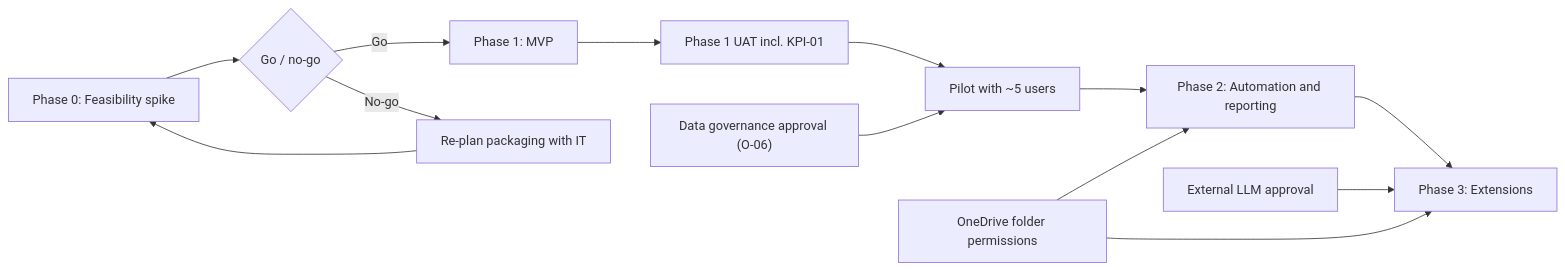
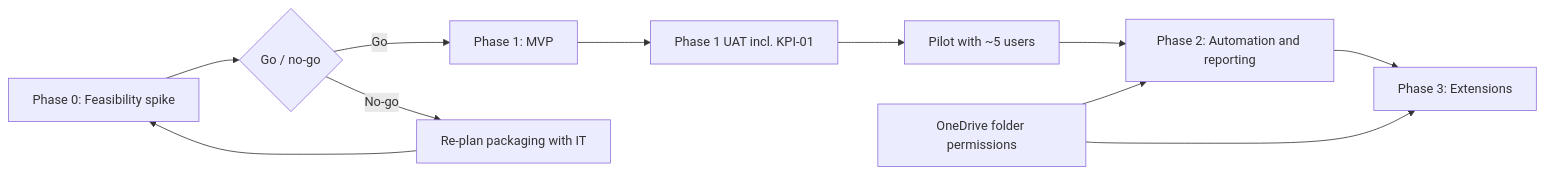
One commit to Cognition-Partner-Workshops/PerfectFitCandidate changed the first of 3 diagrams in PFC/docs/PHASES.md. Above: the diagram before and after it, drawn with Mermaid. The commit also changed other lines of this file and 10 other files, not shown here.

````diff
--- a/PFC/docs/PHASES.md
+++ b/PFC/docs/PHASES.md
@@ -51,15 +51,13 @@
 ```mermaid
 flowchart LR
     P0["Phase 0: Feasibility spike"] --> G0{"Go / no-go"}
     G0 -->|Go| P1["Phase 1: MVP"]
     G0 -->|No-go| RP["Re-plan packaging with IT"]
     RP --> P0
     P1 --> UAT["Phase 1 UAT incl. KPI-01"]
     UAT --> PIL["Pilot with ~5 users"]
     PIL --> P2["Phase 2: Automation and reporting"]
     P2 --> P3["Phase 3: Extensions"]
-    GOV["Data governance approval (O-06)"] --> PIL
-    EXT["External LLM approval"] --> P3
     OD["OneDrive folder permissions"] --> P2
     OD --> P3
 ```
````
